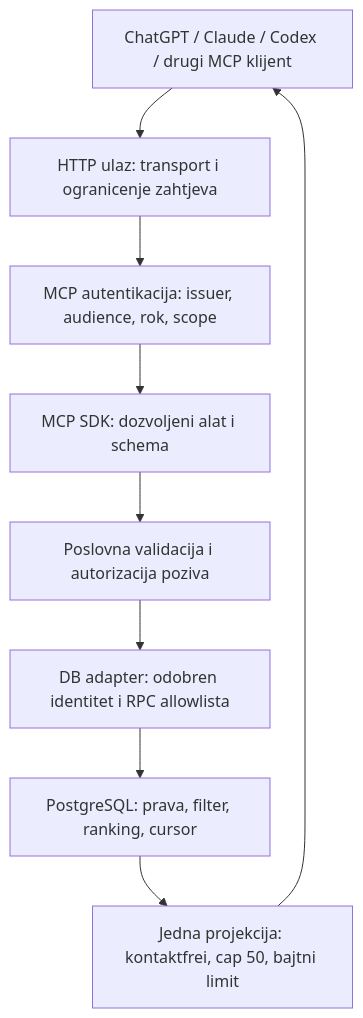
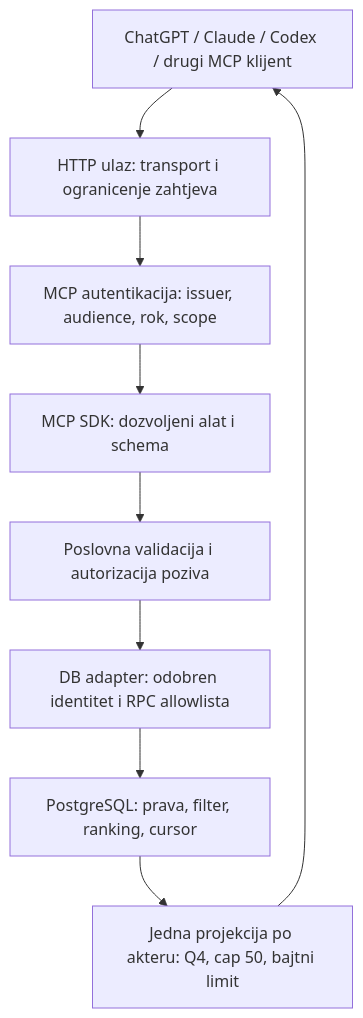
The diagram in docs/planning/sdk-integration-plan.md (dsactivi-2/MCP-JSI-DINO-SUPABASE), drawn with Mermaid before and after one commit. The commit also changed other lines of this file and 56 other files, not shown here.

````diff
--- a/docs/planning/sdk-integration-plan.md
+++ b/docs/planning/sdk-integration-plan.md
@@ -55,12 +55,12 @@
 ```mermaid
 flowchart TD
     C[ChatGPT / Claude / Codex / drugi MCP klijent]
     C --> H[HTTP ulaz: transport i ogranicenje zahtjeva]
     H --> A[MCP autentikacija: issuer, audience, rok, scope]
     A --> M[MCP SDK: dozvoljeni alat i schema]
     M --> V[Poslovna validacija i autorizacija poziva]
     V --> D[DB adapter: odobren identitet i RPC allowlista]
     D --> P[PostgreSQL: prava, filter, ranking, cursor]
-    P --> O[Jedna projekcija: kontaktfrei, cap 50, bajtni limit]
+    P --> O[Jedna projekcija po akteru: Q4, cap 50, bajtni limit]
     O --> C
 ```
````
